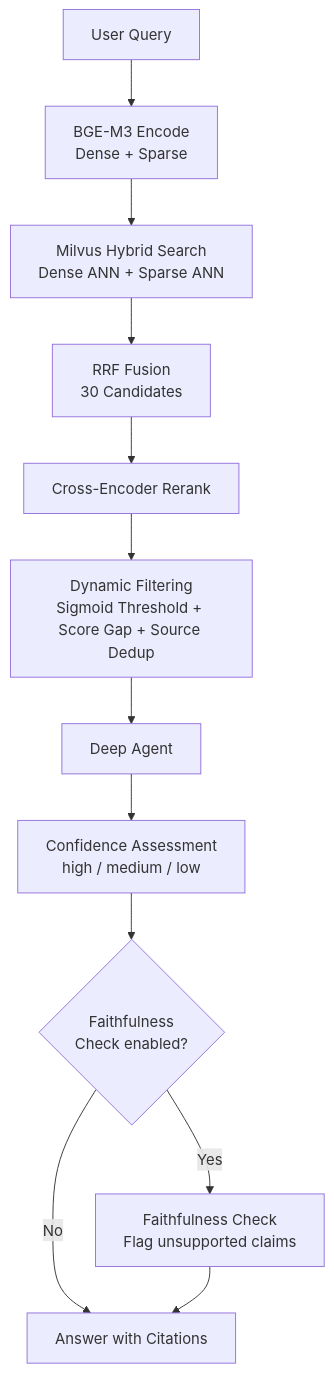
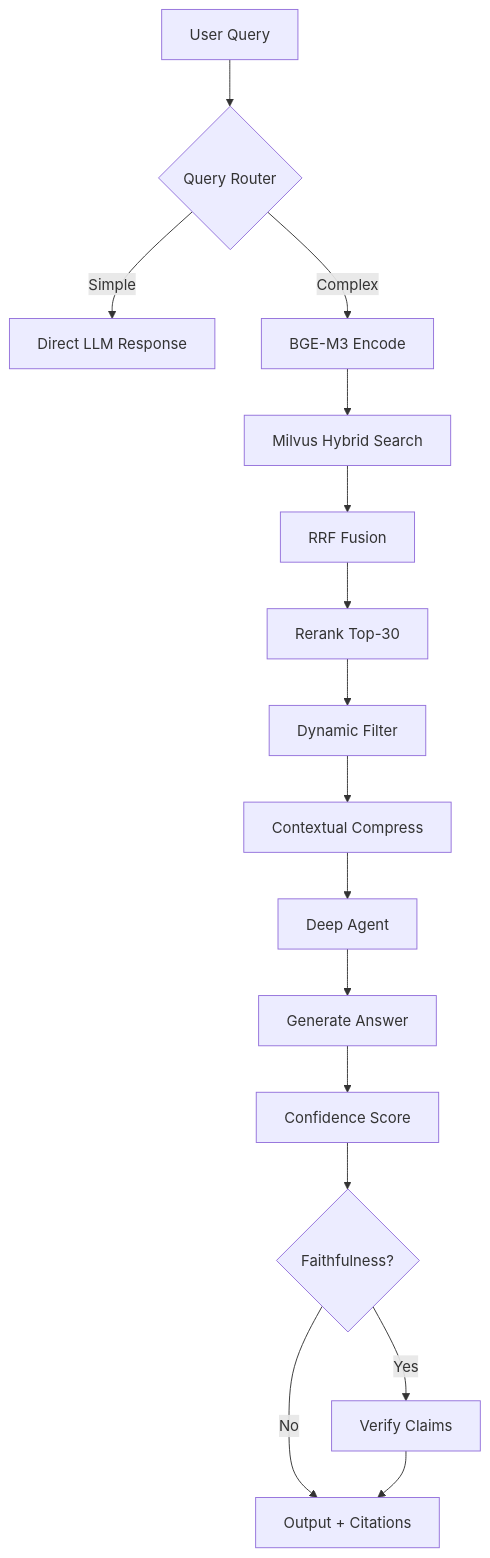
One commit to lg114/RagMate changed the second of 2 diagrams in README.md. Above: the diagram before and after it, drawn with Mermaid. The commit also changed other lines of this file and 1 other file, not shown here.

````diff
--- a/README.md
+++ b/README.md
@@ -47,14 +175,18 @@
 ```mermaid
 flowchart TD
-    Q[User Query] --> E[BGE-M3 Encode\nDense + Sparse]
-    E --> S[Milvus Hybrid Search\nDense ANN + Sparse ANN]
-    S --> RRF[RRF Fusion\n30 Candidates]
-    RRF --> RC[Cross-Encoder Rerank]
-    RC --> DF[Dynamic Filtering\nSigmoid Threshold + Score Gap + Source Dedup]
-    DF --> LLM[Deep Agent]
-    LLM --> CONF[Confidence Assessment\nhigh / medium / low]
-    CONF --> FC{Faithfulness\nCheck enabled?}
-    FC -->|Yes| CHK[Faithfulness Check\nFlag unsupported claims]
-    FC -->|No| ANS[Answer with Citations]
-    CHK --> ANS
+    Q[User Query] --> C{Query Router}
+    C -->|Simple| L[Direct LLM Response]
+    C -->|Complex| E[BGE-M3 Encode]
+    E --> S[Milvus Hybrid Search]
+    S --> R[RRF Fusion]
+    R --> K[Rerank Top-30]
+    K --> F[Dynamic Filter]
+    F --> M[Contextual Compress]
+    M --> A[Deep Agent]
+    A --> G[Generate Answer]
+    G --> H[Confidence Score]
+    H --> I{Faithfulness?}
+    I -->|Yes| V[Verify Claims]
+    I -->|No| O[Output + Citations]
+    V --> O
 ```
````
